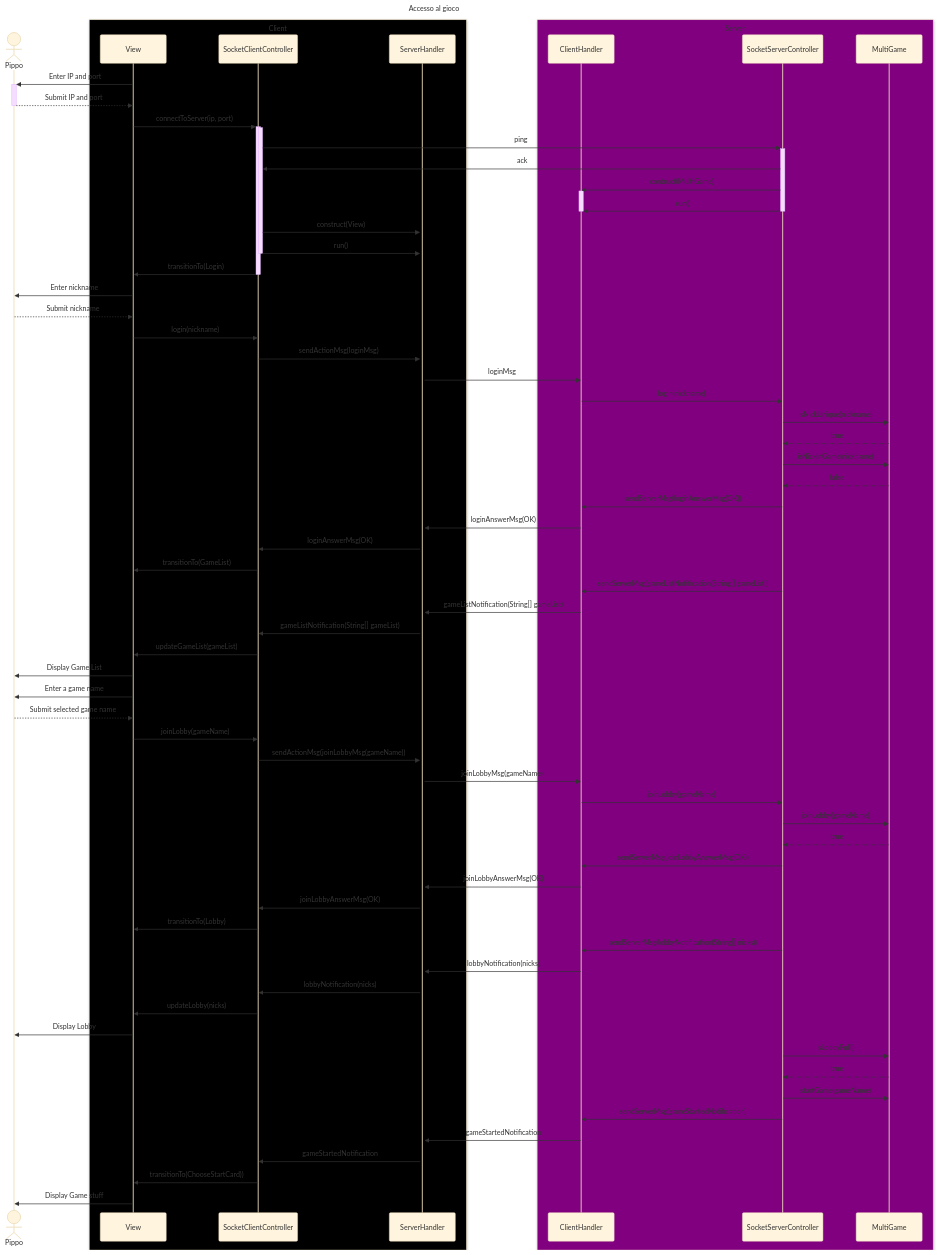
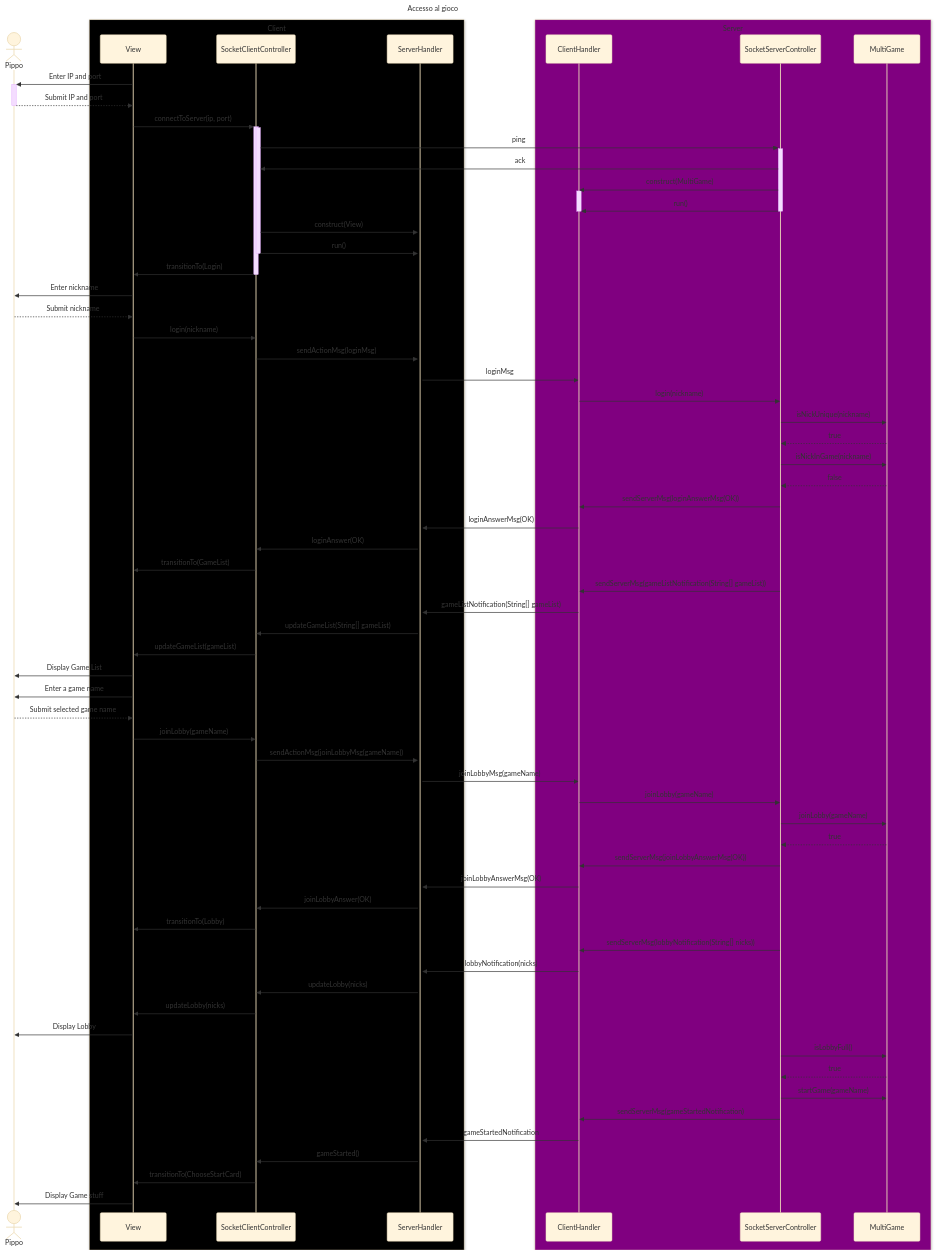
One commit to Software-Engineering-Project-PoliMi2024/ing-sw-2024-Figini-Ginefra-Grisoni-Lanzafame changed the diagram in deliverable/Seq_Diagrams/AccessoAlGioco.md. Above: the diagram before and after it, drawn with Mermaid (base theme). The commit also changed 2 other files, not shown here.

Commit message:
feat: add descriprion to sequenceDiagram

```diff
--- a/deliverable/Seq_Diagrams/AccessoAlGioco.md
+++ b/deliverable/Seq_Diagrams/AccessoAlGioco.md
@@ -22,7 +22,7 @@
     SocketClientController ->> +SocketServerController : ping
     SocketServerController ->> SocketClientController : ack
 
-    SocketServerController ->> ClientHandler : contruct(MultiGame)
+    SocketServerController ->> ClientHandler : construct(MultiGame)
     activate ClientHandler
     SocketServerController ->> -ClientHandler : run()
     deactivate ClientHandler
@@ -54,14 +54,14 @@
     SocketServerController ->> ClientHandler : sendServerMsg(loginAnswerMsg(OK))
 
     ClientHandler ->> ServerHandler : loginAnswerMsg(OK)
-    ServerHandler ->> SocketClientController : loginAnswerMsg(OK)
+    ServerHandler ->> SocketClientController : loginAnswer(OK)
 
     SocketClientController ->> View : transitionTo(GameList)
 
     SocketServerController ->> ClientHandler : sendServerMsg(gameListNotification(String[] gameList))
 
     ClientHandler ->> ServerHandler : gameListNotification(String[] gameList)
-    ServerHandler ->> SocketClientController : gameListNotification(String[] gameList)
+    ServerHandler ->> SocketClientController : updateGameList(String[] gameList)
     SocketClientController ->> View : updateGameList(gameList)
 
     View ->> Pippo : Display Game List
@@ -87,14 +87,14 @@
 
     ClientHandler ->> ServerHandler : joinLobbyAnswerMsg(OK)
 
-    ServerHandler ->> SocketClientController : joinLobbyAnswerMsg(OK)
+    ServerHandler ->> SocketClientController : joinLobbyAnswer(OK)
 
     SocketClientController ->> View : transitionTo(Lobby)
 
     SocketServerController ->> ClientHandler : sendServerMsg(lobbyNotification(String[] nicks))
 
     ClientHandler ->> ServerHandler : lobbyNotification(nicks)
-    ServerHandler ->> SocketClientController : lobbyNotification(nicks)
+    ServerHandler ->> SocketClientController : updateLobby(nicks)
     SocketClientController ->> View : updateLobby(nicks)
 
     View ->> Pippo : Display Lobby
@@ -108,8 +108,8 @@
     SocketServerController ->> ClientHandler : sendServerMsg(gameStartedNotification)
 
     ClientHandler ->> ServerHandler : gameStartedNotification
-    ServerHandler ->> SocketClientController : gameStartedNotification
-    SocketClientController ->> View : transitionTo(ChooseStartCard))
+    ServerHandler ->> SocketClientController : gameStarted()
+    SocketClientController ->> View : transitionTo(ChooseStartCard)
 
     View ->> Pippo : Display Game stuff
 
```
